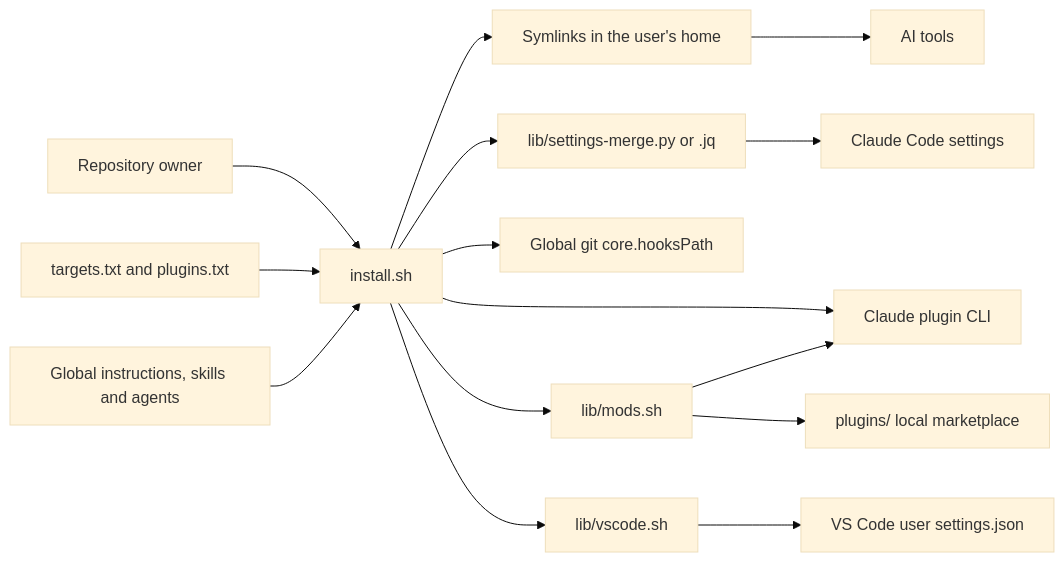
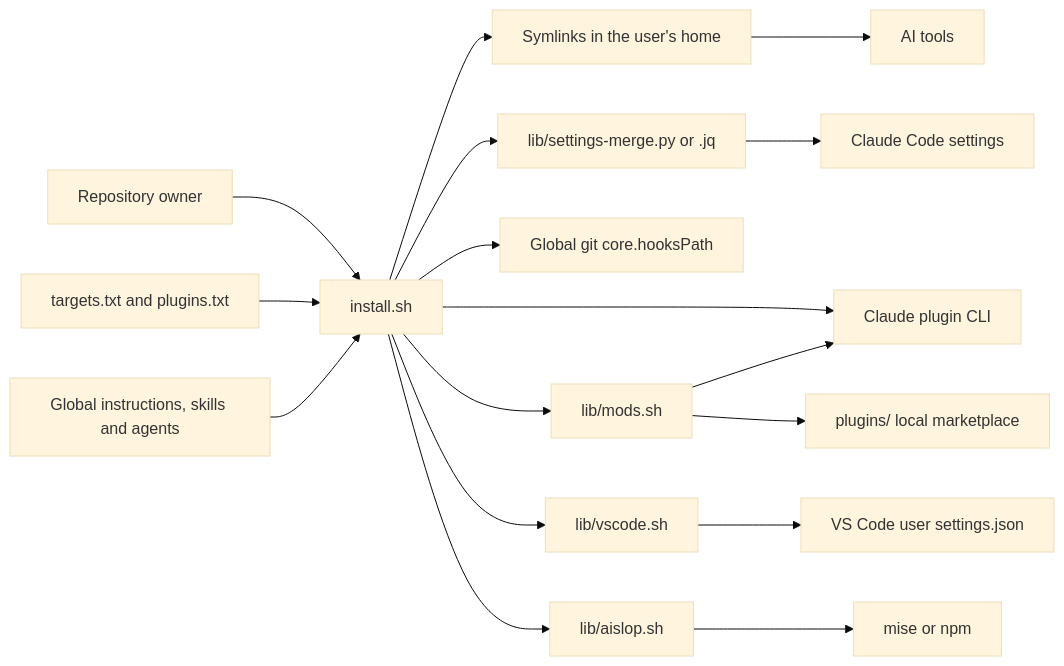
The first of 2 diagrams in docs/architecture.md (nbfrodri/agent-tack), drawn with Mermaid (base theme) before and after one commit. The commit also changed other lines of this file and 9 other files, not shown here.

````diff
--- a/docs/architecture.md
+++ b/docs/architecture.md
@@ -9,17 +9,19 @@
 ```mermaid
 flowchart LR
   owner[Repository owner] --> installer[install.sh]
   data[targets.txt and plugins.txt] --> installer
   config[Global instructions, skills and agents] --> installer
   installer --> links[Symlinks in the user's home]
   links --> tools[AI tools]
   installer --> merge[lib/settings-merge.py or .jq]
   merge --> settings[Claude Code settings]
   installer --> gitconfig[Global git core.hooksPath]
   installer --> plugins[Claude plugin CLI]
   installer --> mods[lib/mods.sh]
   mods --> plugins
   mods --> modsrc[plugins/ local marketplace]
   installer --> vscode[lib/vscode.sh]
   vscode --> vscodesettings[VS Code user settings.json]
+  installer --> aislop[lib/aislop.sh]
+  aislop --> toolmanager[mise or npm]
 ```
````
